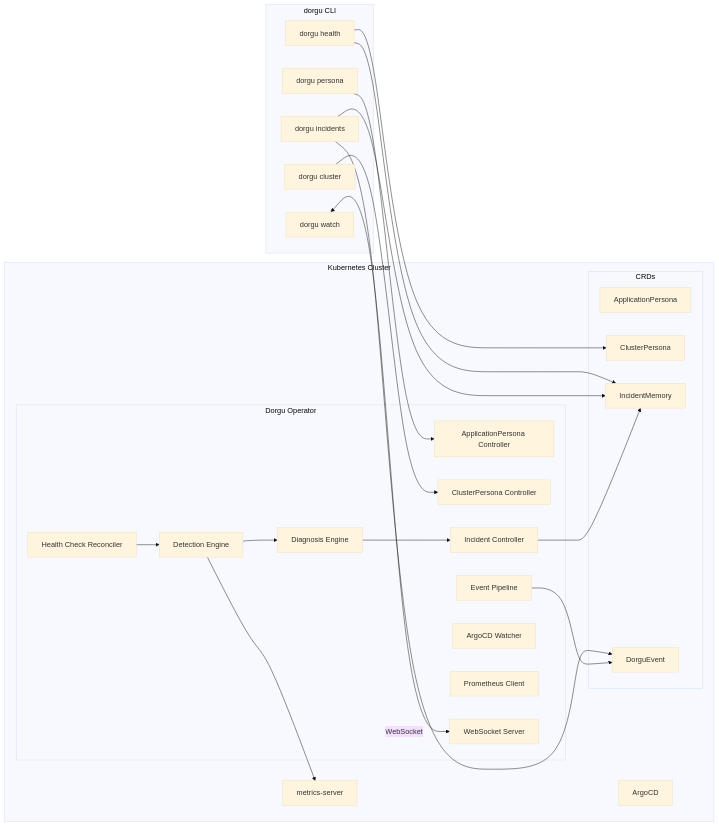
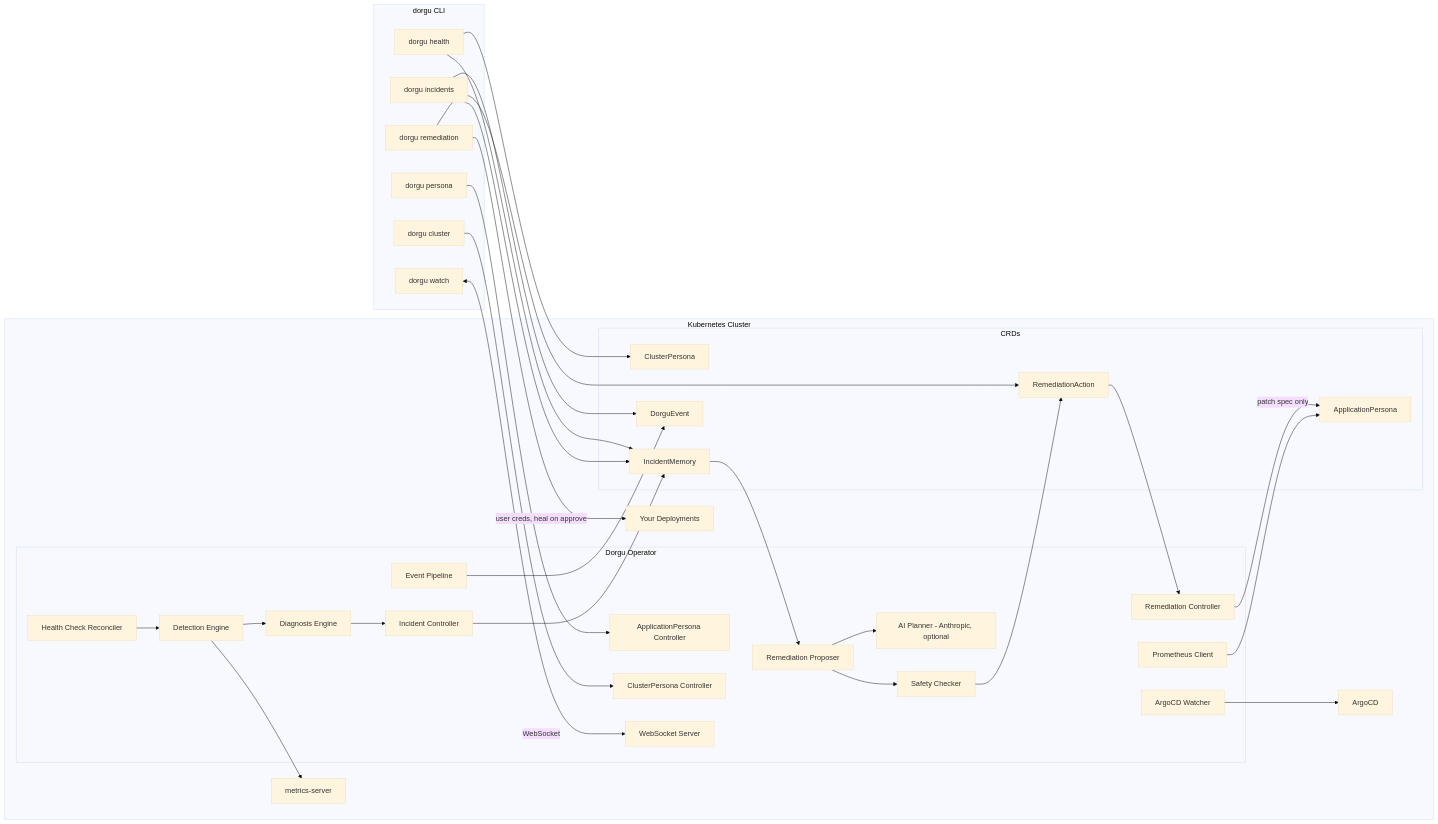
The diagram in README.md (dorgu-ai/dorgu-operator), drawn with Mermaid (base theme) before and after one commit. The commit also changed other lines of this file and 1 other file, not shown here.

````diff
--- a/README.md
+++ b/README.md
@@ -185,47 +281,64 @@
 ```mermaid
 flowchart LR
   subgraph cli [dorgu CLI]
     health[dorgu health]
     incidents[dorgu incidents]
+    remediation[dorgu remediation]
     watch[dorgu watch]
     persona[dorgu persona]
     clusterCmd[dorgu cluster]
   end
 
   subgraph k8s [Kubernetes Cluster]
     subgraph operator [Dorgu Operator]
       appCtrl[ApplicationPersona Controller]
       clusterCtrl[ClusterPersona Controller]
       healthRec[Health Check Reconciler]
       detEngine[Detection Engine]
       diagEngine[Diagnosis Engine]
+      proposer[Remediation Proposer]
+      planner[AI Planner - Anthropic, optional]
+      safety[Safety Checker]
+      remCtrl[Remediation Controller]
       eventPipe[Event Pipeline]
       incidentCtrl[Incident Controller]
       argocdWatcher[ArgoCD Watcher]
       promClient[Prometheus Client]
       wsServer[WebSocket Server]
     end
     subgraph crds [CRDs]
       appPersona[ApplicationPersona]
       clusterPersona[ClusterPersona]
       incidentMem[IncidentMemory]
+      remAction[RemediationAction]
       dorguEvent[DorguEvent]
     end
+    workload[Your Deployments]
     argocd[ArgoCD]
     metricsServer[metrics-server]
   end
 
   health --> incidentMem
   health --> clusterPersona
   incidents --> incidentMem
   incidents --> dorguEvent
+  remediation --> remAction
+  remediation -->|user creds, heal on approve| workload
   watch <-->|WebSocket| wsServer
   persona --> appCtrl
   clusterCmd --> clusterCtrl
   healthRec --> detEngine
   detEngine --> diagEngine
+  detEngine --> metricsServer
   diagEngine --> incidentCtrl
+  incidentCtrl --> incidentMem
+  incidentMem --> proposer
+  proposer --> planner
+  proposer --> safety
+  safety --> remAction
+  remAction --> remCtrl
+  remCtrl -->|patch spec only| appPersona
   eventPipe --> dorguEvent
-  incidentCtrl --> incidentMem
-  detEngine --> metricsServer
+  argocdWatcher --> argocd
+  promClient --> appPersona
 ```
````
